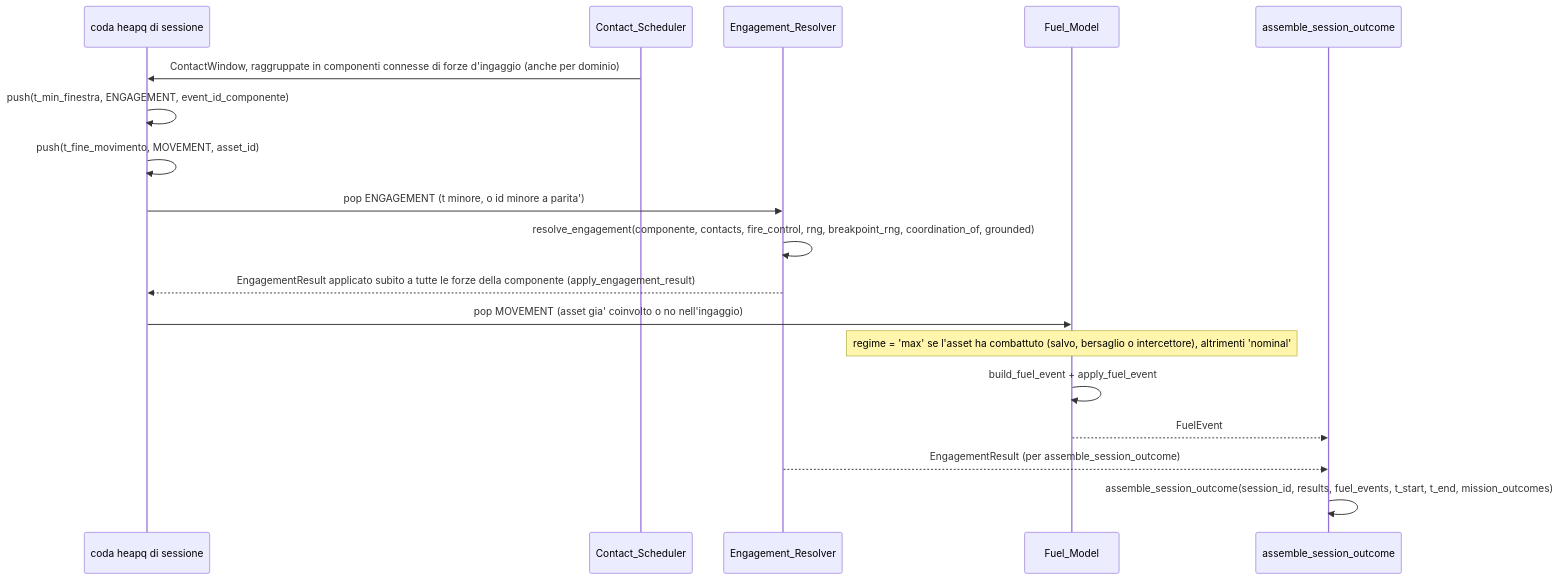
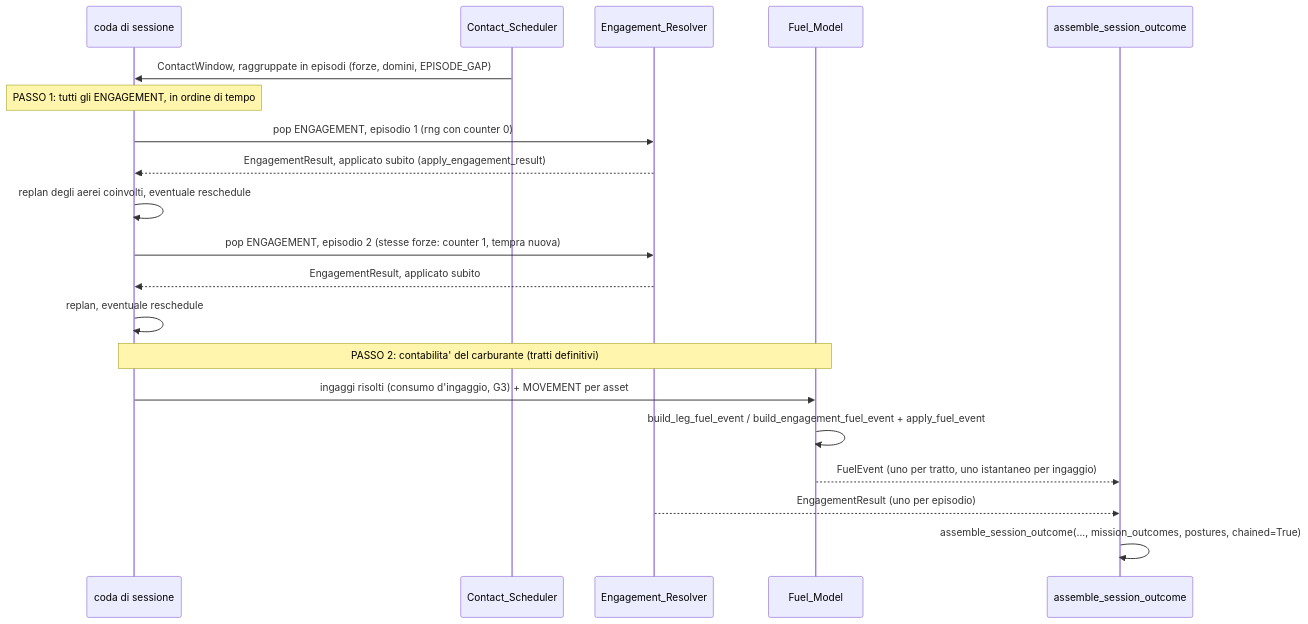
Before and after one commit to MakusIV/Warfare-Model: the second of 12 diagrams in Analysis/Document/Manuale_Motore_DES/07_Orchestratore_Session_Simulator.md, drawn with Mermaid. The commit also changed other lines of this file and 9 other files, not shown here.

````diff
--- a/Analysis/Document/Manuale_Motore_DES/07_Orchestratore_Session_Simulator.md
+++ b/Analysis/Document/Manuale_Motore_DES/07_Orchestratore_Session_Simulator.md
@@ -281,24 +318,23 @@
 ```mermaid
 sequenceDiagram
-    participant Q as coda heapq di sessione
+    participant Q as coda di sessione
     participant CS as Contact_Scheduler
     participant ER as Engagement_Resolver
     participant FM as Fuel_Model
     participant OUT as assemble_session_outcome
 
-    CS->>Q: ContactWindow, raggruppate in componenti connesse di forze d'ingaggio (anche per dominio)
-    Q->>Q: push(t_min_finestra, ENGAGEMENT, event_id_componente)
-    Q->>Q: push(t_fine_movimento, MOVEMENT, asset_id)
-
-    Q->>ER: pop ENGAGEMENT (t minore, o id minore a parita')
-    ER->>ER: resolve_engagement(componente, contacts, fire_control, rng, breakpoint_rng, coordination_of, grounded)
-    ER-->>Q: EngagementResult applicato subito a tutte le forze della componente (apply_engagement_result)
-
-    Q->>FM: pop MOVEMENT (asset gia' coinvolto o no nell'ingaggio)
-    Note over FM: regime = 'max' se l'asset ha combattuto (salvo, bersaglio o intercettore), altrimenti 'nominal'
-    FM->>FM: build_fuel_event + apply_fuel_event
-    FM-->>OUT: FuelEvent
-
-    ER-->>OUT: EngagementResult (per assemble_session_outcome)
-    OUT->>OUT: assemble_session_outcome(session_id, results, fuel_events, t_start, t_end, mission_outcomes)
+    CS->>Q: ContactWindow, raggruppate in episodi (forze, domini, EPISODE_GAP)
+    Note over Q: PASSO 1: tutti gli ENGAGEMENT, in ordine di tempo
+    Q->>ER: pop ENGAGEMENT, episodio 1 (rng con counter 0)
+    ER-->>Q: EngagementResult, applicato subito (apply_engagement_result)
+    Q->>Q: replan degli aerei coinvolti, eventuale reschedule
+    Q->>ER: pop ENGAGEMENT, episodio 2 (stesse forze: counter 1, tempra nuova)
+    ER-->>Q: EngagementResult, applicato subito
+    Q->>Q: replan, eventuale reschedule
+    Note over Q,FM: PASSO 2: contabilita' del carburante (tratti definitivi)
+    Q->>FM: ingaggi risolti (consumo d'ingaggio, G3) + MOVEMENT per asset
+    FM->>FM: build_leg_fuel_event / build_engagement_fuel_event + apply_fuel_event
+    FM-->>OUT: FuelEvent (uno per tratto, uno istantaneo per ingaggio)
+    ER-->>OUT: EngagementResult (uno per episodio)
+    OUT->>OUT: assemble_session_outcome(..., mission_outcomes, postures, chained=True)
 ```
````
